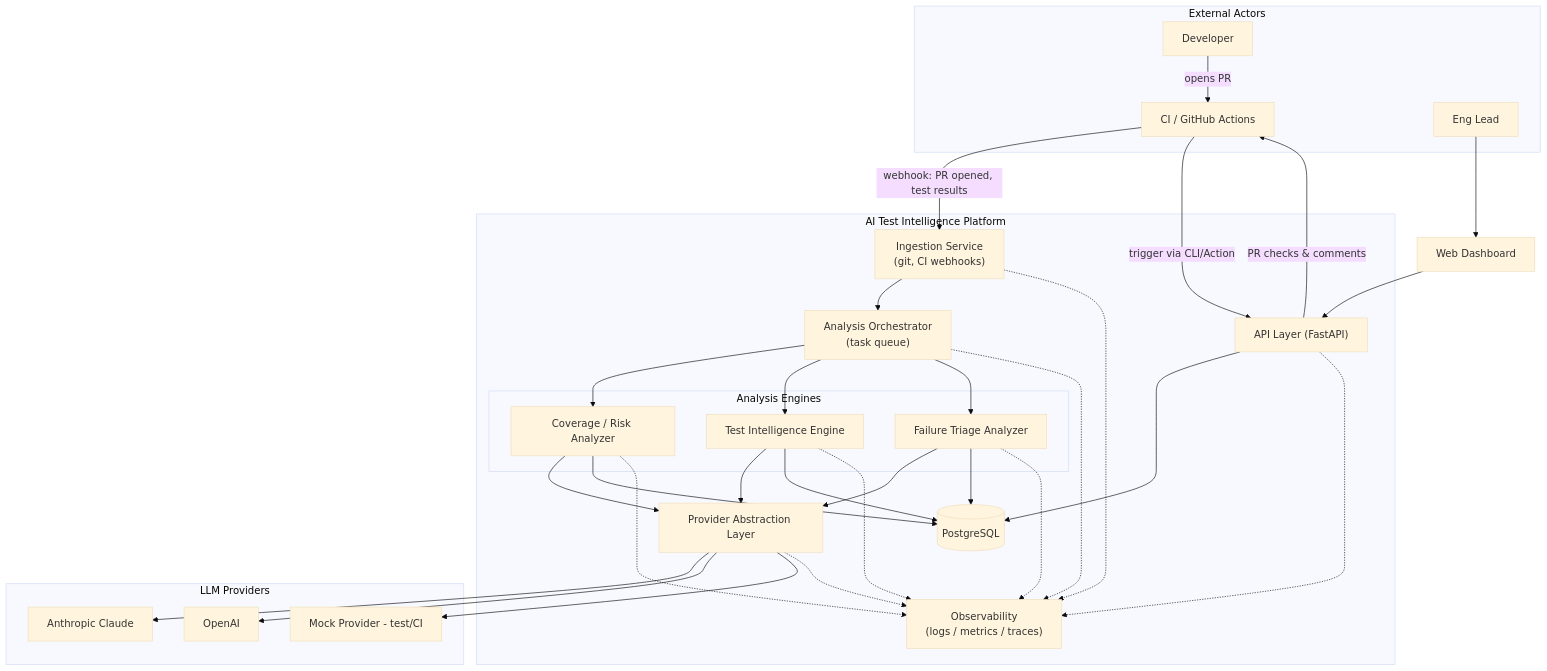
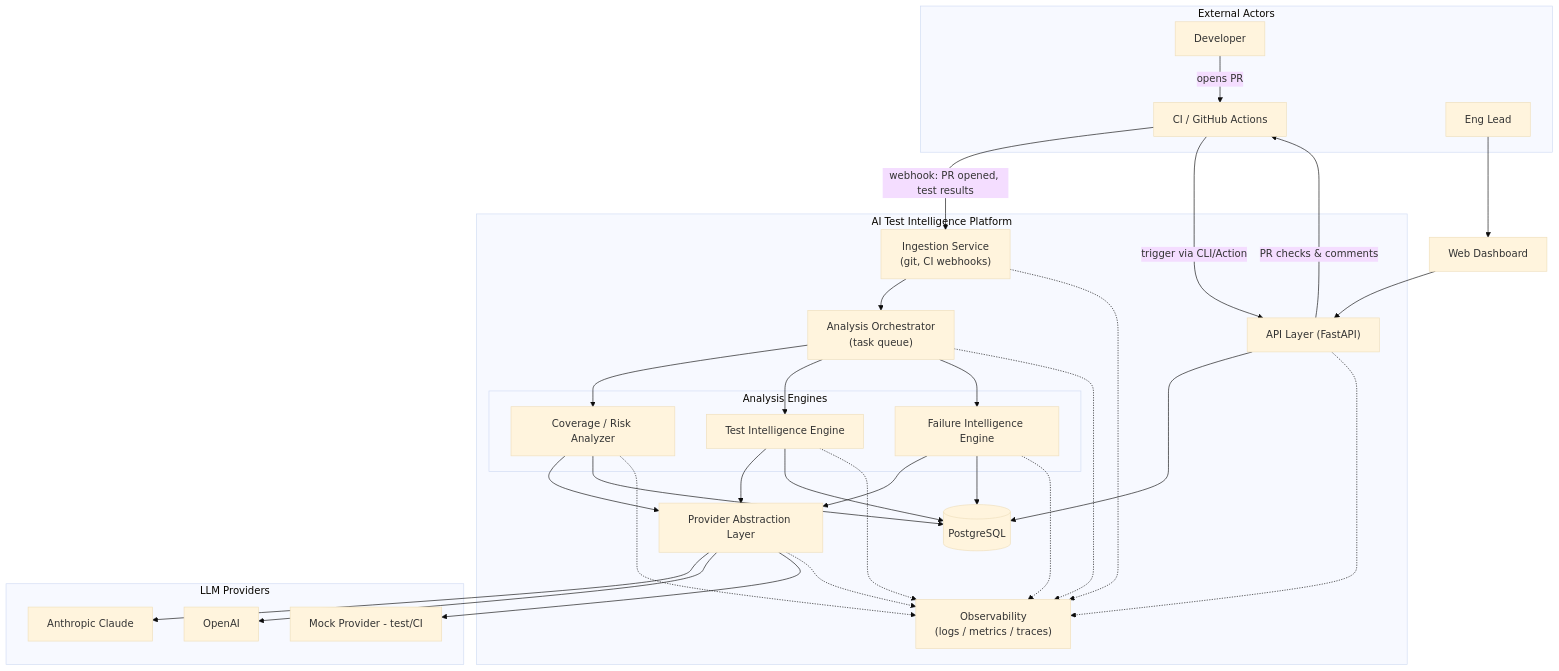
Before and after one commit to sdkdeepa/ai-test-intelligence-platform: the first of 3 diagrams in docs/architecture.md, drawn with Mermaid (base theme). The commit also changed other lines of this file and 3 other files, not shown here.

Commit message:
implement failure intelligence and flaky pattern analysis

````diff
--- a/docs/architecture.md
+++ b/docs/architecture.md
@@ -29,51 +29,51 @@
 ```mermaid
 flowchart TB
     subgraph External["External Actors"]
         Dev[Developer]
         CI[CI / GitHub Actions]
         Lead[Eng Lead]
     end
 
     subgraph Platform["AI Test Intelligence Platform"]
         Ingestion["Ingestion Service<br/>(git, CI webhooks)"]
         Orchestrator["Analysis Orchestrator<br/>(task queue)"]
 
         subgraph Engines["Analysis Engines"]
             Risk["Coverage / Risk Analyzer"]
             Gen["Test Intelligence Engine"]
-            Triage["Failure Triage Analyzer"]
+            FailureIntel["Failure Intelligence Engine"]
         end
 
         Providers["Provider Abstraction Layer"]
         API["API Layer (FastAPI)"]
         DB[(PostgreSQL)]
         Obs["Observability<br/>(logs / metrics / traces)"]
     end
 
     subgraph LLMs["LLM Providers"]
         Anthropic[Anthropic Claude]
         OpenAI[OpenAI]
         Mock[Mock Provider - test/CI]
     end
 
     Dashboard[Web Dashboard]
 
     Dev -->|opens PR| CI
     CI -->|webhook: PR opened, test results| Ingestion
     Ingestion --> Orchestrator
-    Orchestrator --> Risk & Gen & Triage
-    Risk & Gen & Triage --> Providers
+    Orchestrator --> Risk & Gen & FailureIntel
+    Risk & Gen & FailureIntel --> Providers
     Providers --> Anthropic & OpenAI & Mock
-    Risk & Gen & Triage --> DB
+    Risk & Gen & FailureIntel --> DB
     API --> DB
     Dashboard --> API
     CI -->|trigger via CLI/Action| API
     Lead --> Dashboard
     API -->|PR checks & comments| CI
 
     Ingestion -.-> Obs
     Orchestrator -.-> Obs
-    Risk & Gen & Triage -.-> Obs
+    Risk & Gen & FailureIntel -.-> Obs
     Providers -.-> Obs
     API -.-> Obs
 ```
````
